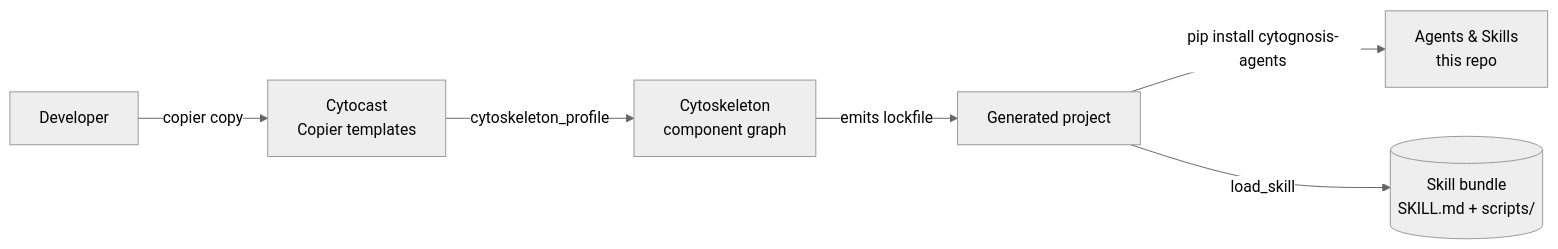
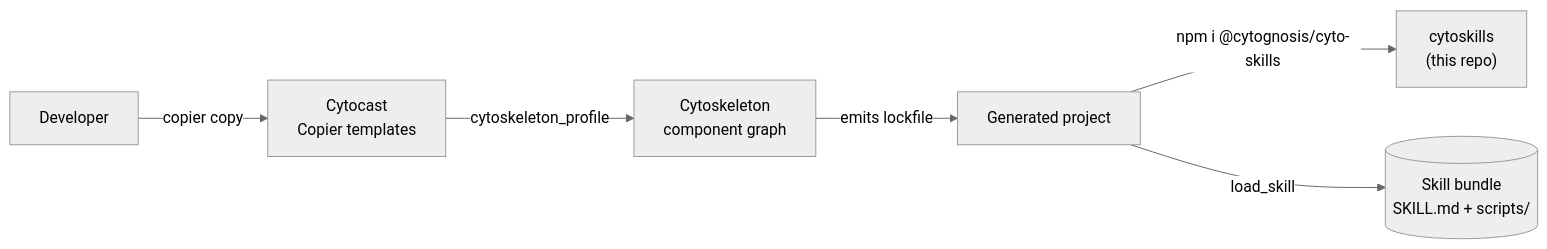
One commit to cytognosis/docs changed the third of 3 diagrams in toolchain/cytoskills/architecture.md. Above: the diagram before and after it, drawn with Mermaid (neutral theme). The commit also changed other lines of this file and 2 other files, not shown here.

First line of the commit message:
docs(cytoskills): formal specs for v1.2.0

````diff
--- a/toolchain/cytoskills/architecture.md
+++ b/toolchain/cytoskills/architecture.md
@@ -11,8 +327,8 @@
 ```mermaid
 flowchart LR
-  user[Developer] -->|copier copy| cytocast[Cytocast<br/>Copier templates]
-  cytocast -->|cytoskeleton_profile| cytoskeleton[Cytoskeleton<br/>component graph]
+  user[Developer] -->|copier copy| cytocast["Cytocast<br/>Copier templates"]
+  cytocast -->|cytoskeleton_profile| cytoskeleton["Cytoskeleton<br/>component graph"]
   cytoskeleton -->|emits lockfile| project[Generated project]
-  project -->|pip install cytognosis-agents| agents[Agents & Skills<br/>this repo]
-  project -->|load_skill| skills[(Skill bundle<br/>SKILL.md + scripts/)]
+  project -->|npm i @cytognosis/cyto-skills| cytoskills["cytoskills<br/>(this repo)"]
+  project -->|load_skill| skills[("Skill bundle<br/>SKILL.md + scripts/")]
 ```
````
